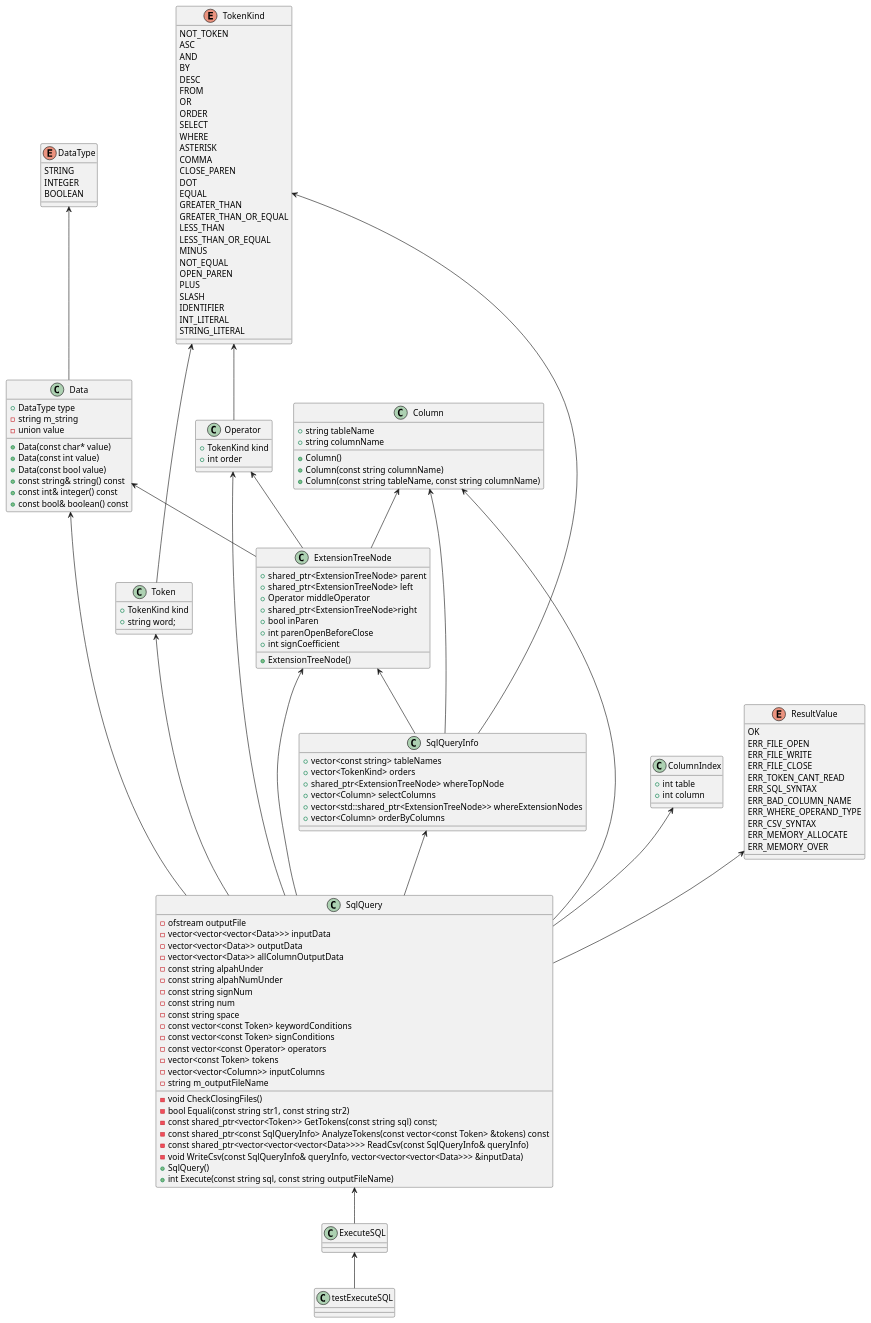
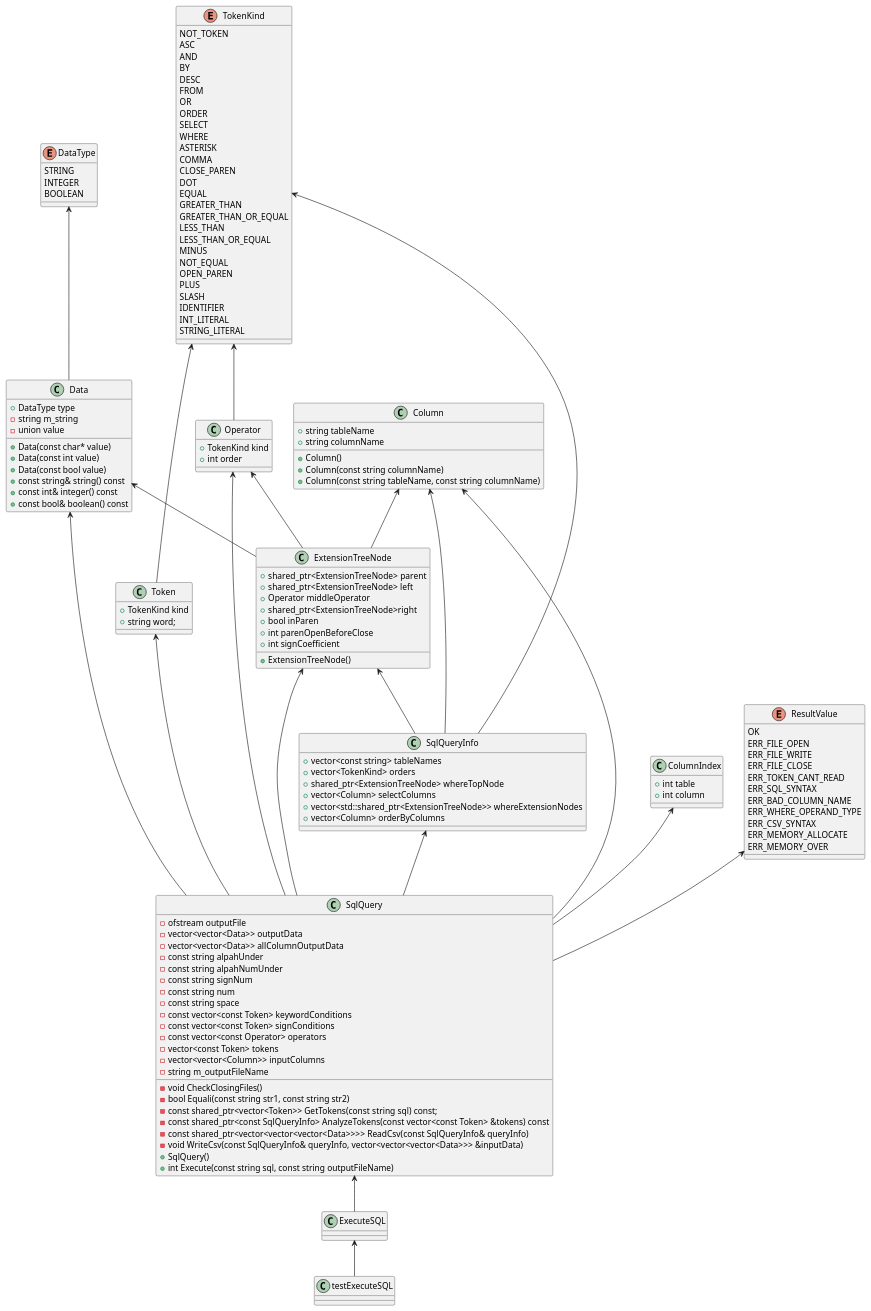
The diagram in ExecuteSQL.pu (yotten/TinySQL), drawn with PlantUML before and after one commit. The commit also changed 1 other file, not shown here.

Commit message:
138.SqlQueryのメンバ変数の見直し1(inputData削除)
[----------] Global test environment tear-down
[==========] 213 tests from 1 test case ran. (5837 ms total)
[  PASSED  ] 213 tests.

```diff
--- a/ExecuteSQL.pu
+++ b/ExecuteSQL.pu
@@ -1,151 +1,150 @@
 @startuml
 
 class testExecuteSQL {}
 class SqlQueryInfo {
 	+vector<const string> tableNames
 	+vector<TokenKind> orders
 	+shared_ptr<ExtensionTreeNode> whereTopNode
 	+vector<Column> selectColumns
 	+vector<std::shared_ptr<ExtensionTreeNode>> whereExtensionNodes
 	+vector<Column> orderByColumns
 }
 class SqlQuery {
 	-ofstream outputFile
-	-vector<vector<vector<Data>>> inputData
 	-vector<vector<Data>> outputData
 	-vector<vector<Data>> allColumnOutputData	
 	-const string alpahUnder
 	-const string alpahNumUnder
 	-const string signNum
 	-const string num
 	-const string space
 	-const vector<const Token> keywordConditions
 	-const vector<const Token> signConditions
 	-const vector<const Operator> operators
 	-vector<const Token> tokens
 	-vector<vector<Column>> inputColumns
 	-void CheckClosingFiles()
 	-string m_outputFileName
 	-bool Equali(const string str1, const string str2)
 	-const shared_ptr<vector<Token>> GetTokens(const string sql) const;
 	-const shared_ptr<const SqlQueryInfo> AnalyzeTokens(const vector<const Token> &tokens) const
 	-const shared_ptr<vector<vector<vector<Data>>>> ReadCsv(const SqlQueryInfo& queryInfo)
 	-void WriteCsv(const SqlQueryInfo& queryInfo, vector<vector<vector<Data>>> &inputData)
 	+SqlQuery()
 	+int Execute(const string sql, const string outputFileName)
 }
 class ExecuteSQL {
 	
 }
 
 class Data {
     +DataType type
 	-string m_string
 	-union value
 	+Data(const char* value)
 	+Data(const int value)
 	+Data(const bool value)
 	+const string& string() const
 	+const int& integer() const
 	+const bool& boolean() const
 }
 class Operator{
     +TokenKind kind
     +int order
 }
 class Token{
     +TokenKind kind
     +string word;
 }
 class ExtensionTreeNode{
 	+shared_ptr<ExtensionTreeNode> parent
 	+shared_ptr<ExtensionTreeNode> left
 	+Operator middleOperator
 	+shared_ptr<ExtensionTreeNode>right
 	+bool inParen
 	+int parenOpenBeforeClose
 	+int signCoefficient
 	+ExtensionTreeNode()
 }
 class ColumnIndex{
     +int table
     +int column
 }
 class Column{
     +string tableName
     +string columnName
     +Column()
     +Column(const string columnName)
     +Column(const string tableName, const string columnName)
 }
 enum DataType{
    	STRING
 	INTEGER
 	BOOLEAN
 }
 enum TokenKind{
     NOT_TOKEN
 	ASC
 	AND
 	BY
 	DESC
 	FROM
 	OR
 	ORDER
 	SELECT
 	WHERE
 	ASTERISK
 	COMMA
 	CLOSE_PAREN
 	DOT
 	EQUAL
 	GREATER_THAN
 	GREATER_THAN_OR_EQUAL
 	LESS_THAN
 	LESS_THAN_OR_EQUAL
 	MINUS
 	NOT_EQUAL
 	OPEN_PAREN
 	PLUS
 	SLASH
 	IDENTIFIER
 	INT_LITERAL
 	STRING_LITERAL
 }
 enum ResultValue{
     OK
 	ERR_FILE_OPEN
 	ERR_FILE_WRITE
 	ERR_FILE_CLOSE
 	ERR_TOKEN_CANT_READ
 	ERR_SQL_SYNTAX
 	ERR_BAD_COLUMN_NAME
 	ERR_WHERE_OPERAND_TYPE
 	ERR_CSV_SYNTAX
 	ERR_MEMORY_ALLOCATE
 	ERR_MEMORY_OVER
 }
 
 ExecuteSQL <-- testExecuteSQL
 SqlQuery <-- ExecuteSQL
 
 Data <-- SqlQuery
 Operator <-- SqlQuery
 Token <-- SqlQuery
 ExtensionTreeNode <-- SqlQuery
 ColumnIndex <-- SqlQuery
 Column <-- SqlQuery
 ResultValue <-- SqlQuery
 SqlQueryInfo <-- SqlQuery
 
 Column <-- SqlQueryInfo
 TokenKind <-- SqlQueryInfo
 ExtensionTreeNode <-- SqlQueryInfo
 
 DataType <-- Data
 TokenKind <-- Token
 TokenKind <-- Operator
 Operator <-- ExtensionTreeNode
 Column <-- ExtensionTreeNode
 Data <-- ExtensionTreeNode
 @enduml
```
